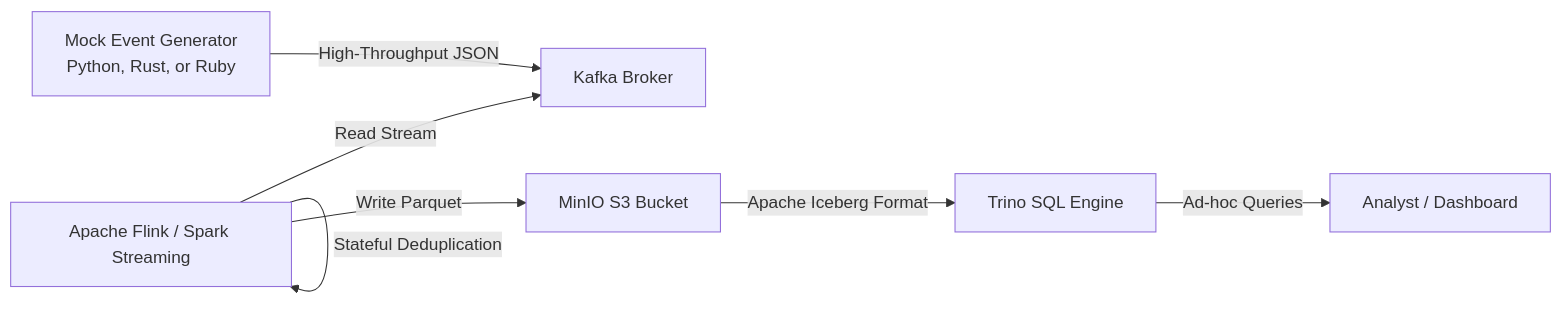
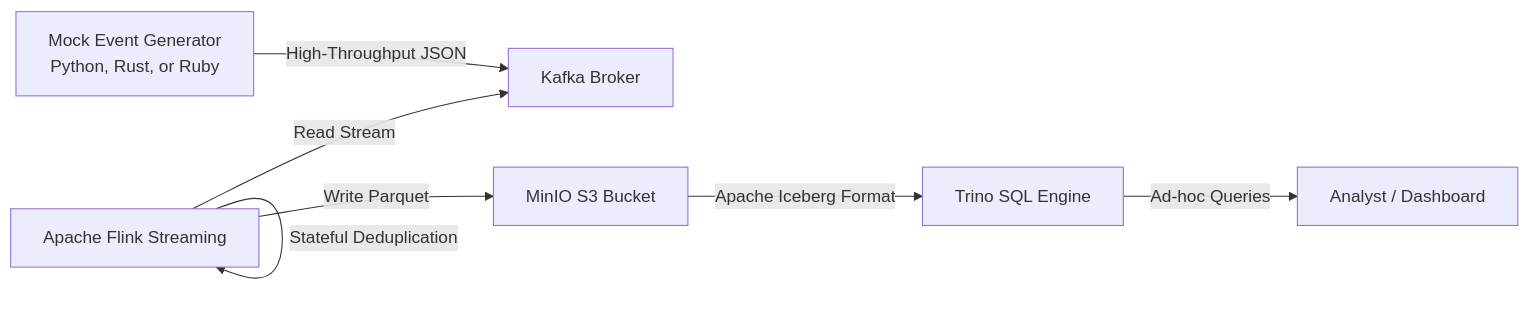
The diagram in README.md (shahaba/lakehouse-realtime-ingestion), drawn with Mermaid before and after one commit. The commit also changed other lines of this file, not shown here.

Commit message:
docs: overhaul README with detailed architecture, technical stack specifications, and pipeline workflow documentation

````diff
--- a/README.md
+++ b/README.md
@@ -7,9 +11,9 @@
 ```mermaid
 graph LR
     A[Mock Event Generator<br>Python, Rust, or Ruby] -->|High-Throughput JSON| B[Kafka Broker]
-    C[Apache Flink / Spark Streaming] -->|Read Stream| B
+    C[Apache Flink Streaming] -->|Read Stream| B
     C -->|Stateful Deduplication| C
     C -->|Write Parquet| D[MinIO S3 Bucket]
     D -->|Apache Iceberg Format| E[Trino SQL Engine]
     E -->|Ad-hoc Queries| F[Analyst / Dashboard]
 ```
````
